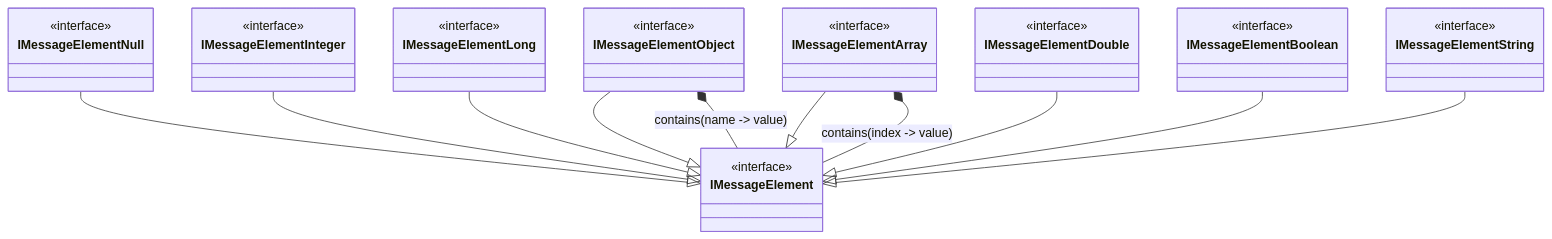
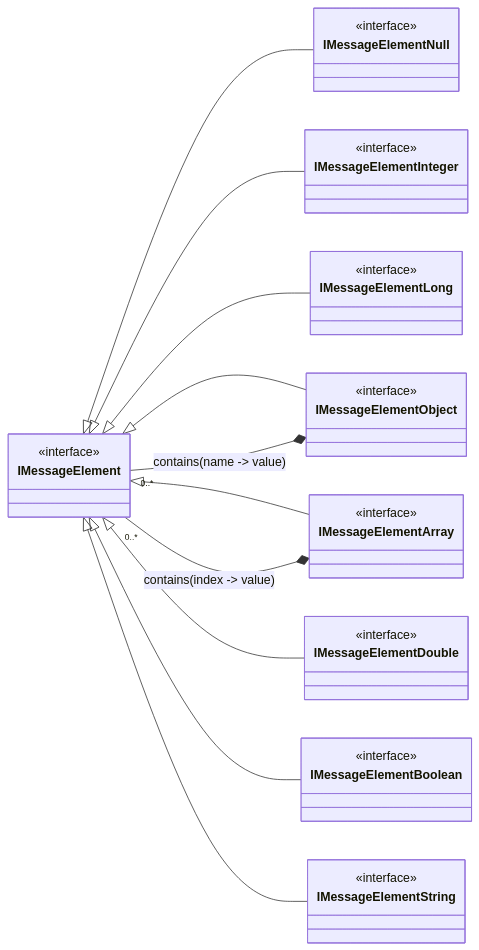
Before and after one commit to nikolaygekht/DXFeed.Net: the diagram in Doc/Details/message.md, drawn with Mermaid.

````diff
--- a/Doc/Details/message.md
+++ b/Doc/Details/message.md
@@ -7,43 +7,45 @@
 ```mermaid
 classDiagram
+  direction RL
+
 
 class IMessageElement
 <<interface>> IMessageElement
 
 class IMessageElementObject
 <<interface>> IMessageElementObject
 
 class IMessageElementArray
 <<interface>> IMessageElementArray
 
 class IMessageElementNull
 <<interface>> IMessageElementNull
 
 class IMessageElementInteger
 <<interface>> IMessageElementInteger
 
 class IMessageElementLong
 <<interface>> IMessageElementLong
 
 class IMessageElementDouble
 <<interface>> IMessageElementDouble
 
 class IMessageElementBoolean
 <<interface>> IMessageElementBoolean
 
 class IMessageElementString
 <<interface>> IMessageElementString
 
 IMessageElementObject --|> IMessageElement
 IMessageElementArray --|> IMessageElement
 IMessageElementNull --|> IMessageElement
 IMessageElementInteger --|> IMessageElement
 IMessageElementLong --|> IMessageElement
 IMessageElementDouble --|> IMessageElement
 IMessageElementBoolean --|> IMessageElement
 IMessageElementString --|> IMessageElement
 
-IMessageElementArray *-- IMessageElement : contains(index -> value)
+IMessageElementArray *-- "0..*" IMessageElement : contains(index -> value)
 
-IMessageElementObject *-- IMessageElement : contains(name -> value)
+IMessageElementObject *-- "0..*" IMessageElement : contains(name -> value)
 ```
````
